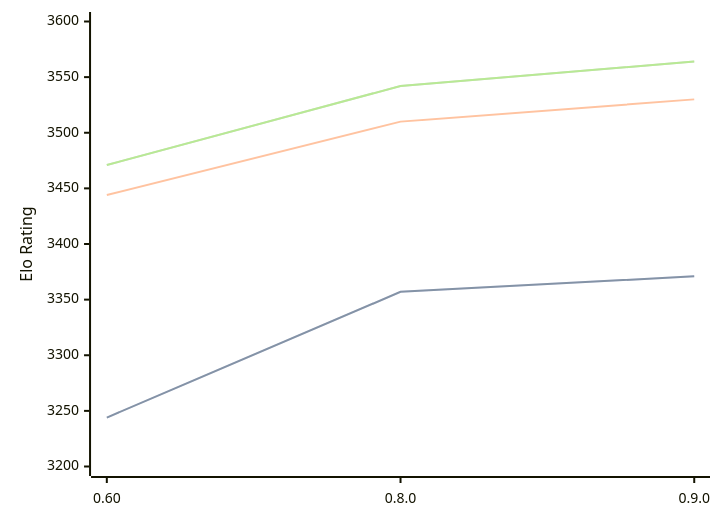
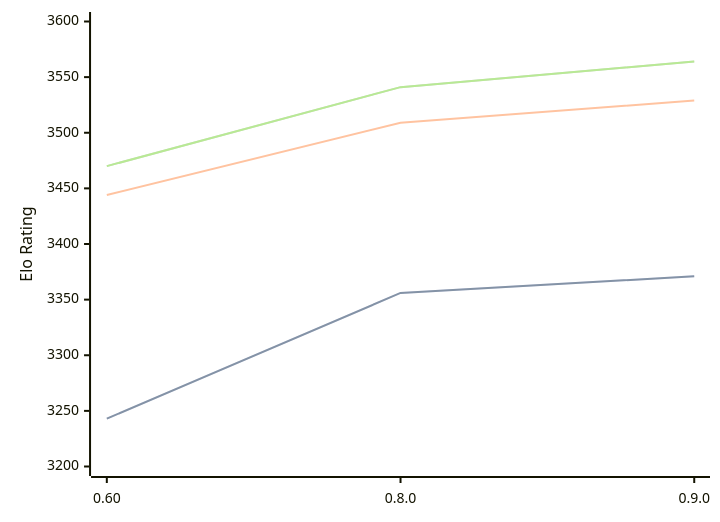
The diagram in engines/Motor.md (computer-chess-index/cci), drawn with Mermaid before and after one commit. The commit also changed other lines of this file, not shown here.

Commit message:
Update CCI Ratings (ELO VLTC) - 2026-04-17

````diff
--- a/engines/Motor.md
+++ b/engines/Motor.md
@@ -39,11 +39,11 @@
 ```mermaid
 %%{init: {"theme":"base","themeVariables":{"seriesColors:['#a3a3a3','#222221','#faa371']}}}%%
 xychart-beta
   x-axis ["0.60", "0.8.0", "0.9.0"]
   y-axis "Elo Rating" 3200 --> 3600
-  line "STC (8.0+0.08s)" [3244, 3357, 3371]
-  line "STC (8.0+0.08s)" [3244, 3357, 3371]
-  line "LTC (60.0+0.60s)" [3444, 3510, 3530]
-  line "VLTC (2m24s+1.12s)" [3471, 3542, 3564]
-  line "VLTC (2m24s+1.12s)" [3471, 3542, 3564]
+  line "STC (8.0+0.08s)" [3243, 3356, 3371]
+  line "STC (8.0+0.08s)" [3243, 3356, 3371]
+  line "LTC (60.0+0.60s)" [3444, 3509, 3529]
+  line "VLTC (2m24s+1.12s)" [3470, 3541, 3564]
+  line "VLTC (2m24s+1.12s)" [3470, 3541, 3564]
 ```
````
